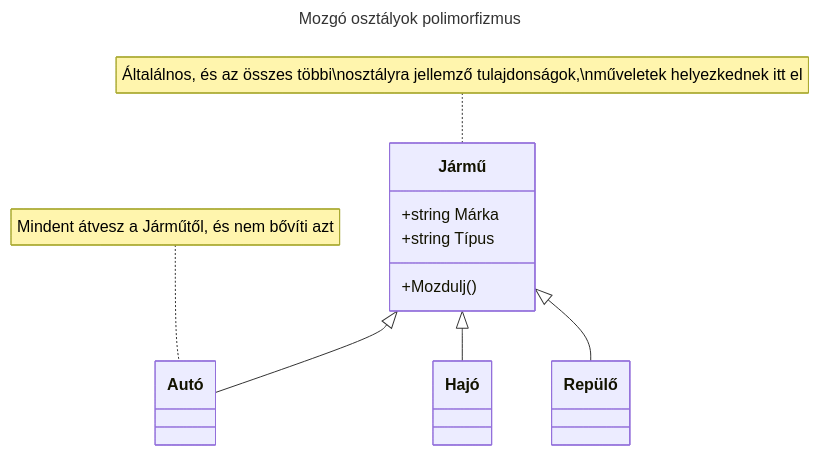
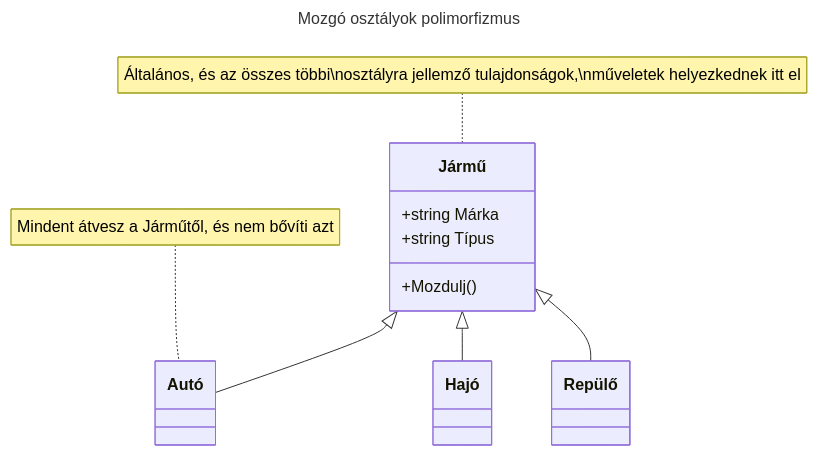
The sixth of 6 diagrams in Lessons_hu/14_inheritance_polymorphism_hu.md (SpsKnSK/api), drawn with Mermaid before and after one commit. The commit also changed other lines of this file and 22 other files, not shown here.

First line of the commit message:
Feature/fixing text adding graphs (#58)

````diff
--- a/Lessons_hu/14_inheritance_polymorphism_hu.md
+++ b/Lessons_hu/14_inheritance_polymorphism_hu.md
@@ -258,25 +258,25 @@
 ```mermaid
 ---
 title: Mozgó osztályok polimorfizmus
 ---
 classDiagram
     Jármű <|-- Autó
     Jármű <|-- Hajó
     Jármű <|-- Repülő
-    note for Jármű "Általálnos, és az összes többi\nosztályra jellemző tulajdonságok,\nműveletek helyezkednek itt el"
+    note for Jármű "Általános, és az összes többi\nosztályra jellemző tulajdonságok,\nműveletek helyezkednek itt el"
     note for Autó "Mindent átvesz a Járműtől, és nem bővíti azt"
     class Jármű{
         +string Márka
         +string Típus
         +Mozdulj()
     }
 
    class Autó{
     }
 
     class Hajó{
     }
     
     class Repülő{
     }
 ```
````
